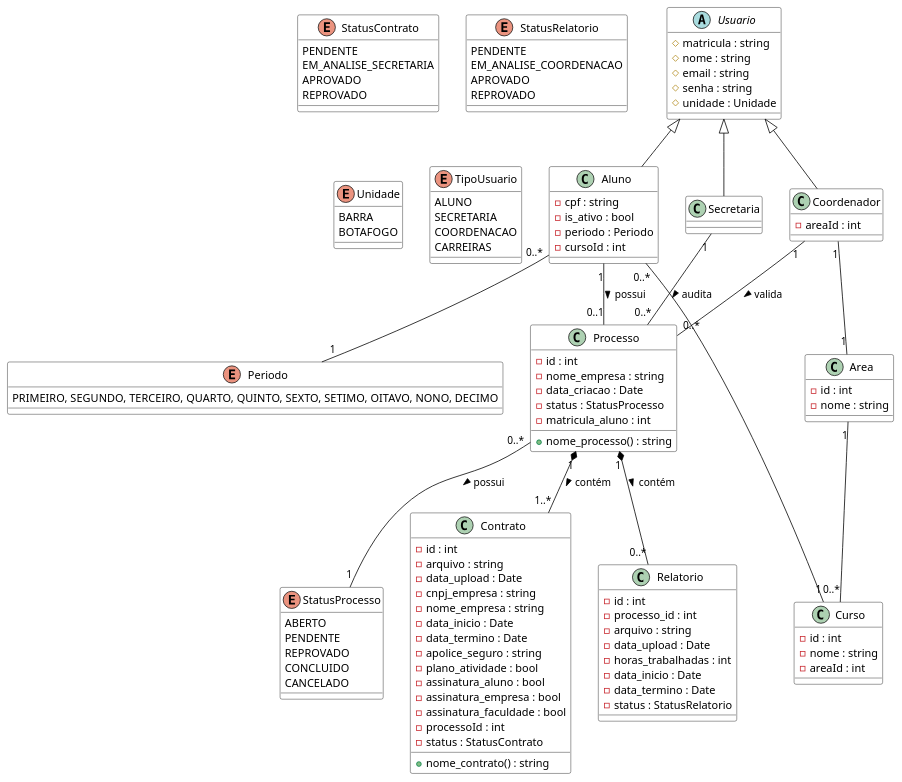
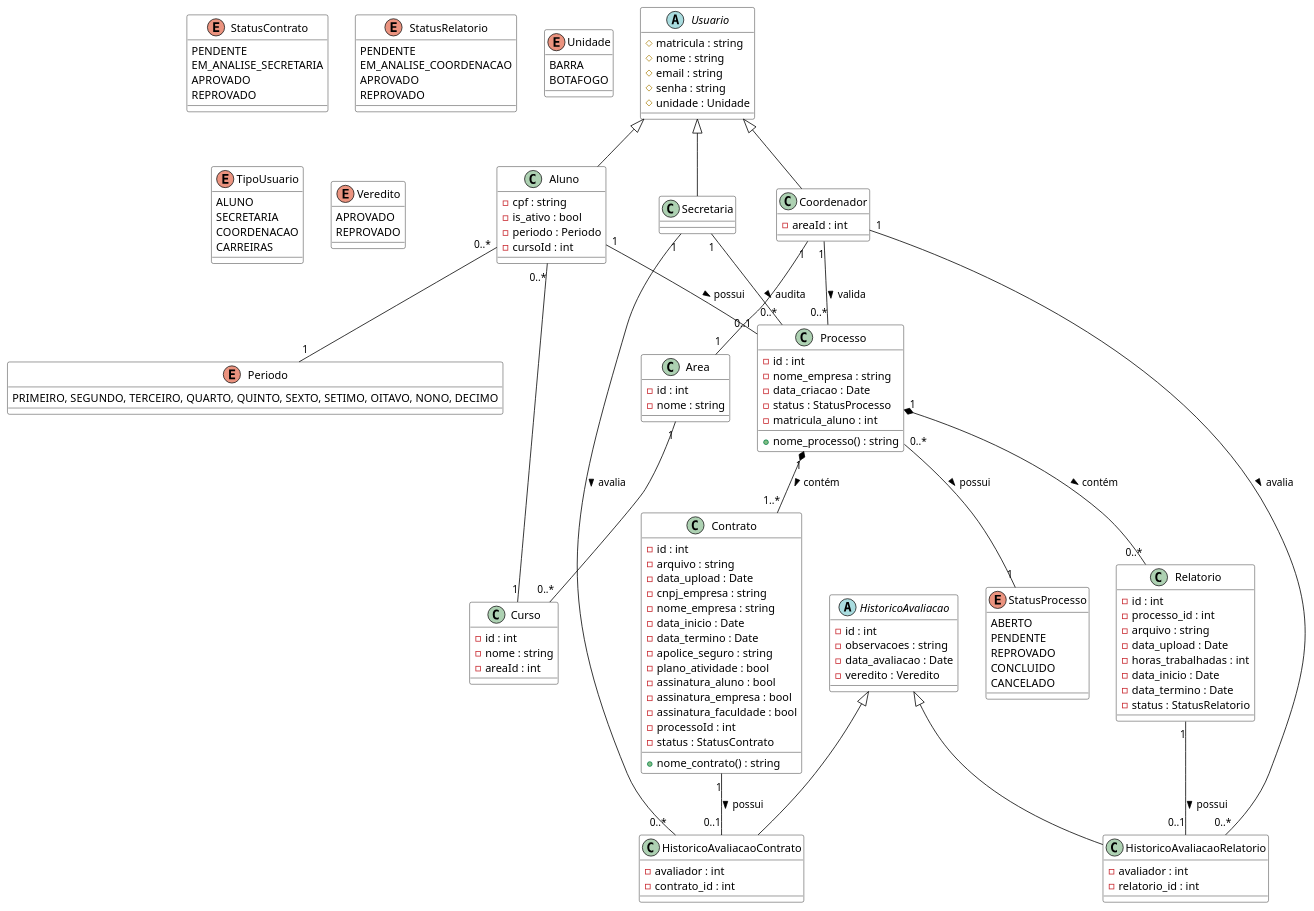
One commit to Projetos-de-Extensao/PBE_26.1_8002_III changed the diagram in docs/assets/Diagramas/src/diagrama_de_classes.puml. Above: the diagram before and after it, drawn with PlantUML. The commit also changed 5 other files, not shown here.

Commit message:
feat: implement evaluation history models and update class diagrams to support report and contract assessments

```diff
--- a/docs/assets/Diagramas/src/diagrama_de_classes.puml
+++ b/docs/assets/Diagramas/src/diagrama_de_classes.puml
@@ -1,141 +1,169 @@
 @startuml
 
 ' --- Estilos ---
 skinparam class {
     BackgroundColor White
     ArrowColor Black
     BorderColor Black
 }
 
 ' --- Enums ---
 enum StatusProcesso {
     ABERTO
     PENDENTE
     REPROVADO
     CONCLUIDO
     CANCELADO
 }
 
 enum StatusContrato {
     PENDENTE
     EM_ANALISE_SECRETARIA
     APROVADO
     REPROVADO
 }
 
 enum StatusRelatorio {
     PENDENTE
     EM_ANALISE_COORDENACAO
     APROVADO
     REPROVADO
 }
 
 enum Unidade {
     BARRA
     BOTAFOGO
 }
 
 enum Periodo {
     PRIMEIRO, SEGUNDO, TERCEIRO, QUARTO, QUINTO, SEXTO, SETIMO, OITAVO, NONO, DECIMO
 }
 
 enum TipoUsuario {
     ALUNO
     SECRETARIA
     COORDENACAO
     CARREIRAS
+}
+
+enum Veredito {
+    APROVADO
+    REPROVADO
 }
 
 ' --- Classes Principais ---
 
 abstract class Usuario {
     # matricula : string
     # nome : string
     # email : string
     # senha : string
     # unidade : Unidade
 }
 
 class Aluno extends Usuario {
     - cpf : string
     - is_ativo : bool
     - periodo : Periodo
     - cursoId : int
 }
 
 class Secretaria extends Usuario {
 }
 
 class Coordenador extends Usuario {
     - areaId : int
 }
 
 class Processo {
     - id : int
     - nome_empresa : string
     - data_criacao : Date
     - status : StatusProcesso
     - matricula_aluno : int
     + nome_processo() : string
 }
 
 class Contrato {
     - id : int
     - arquivo : string
     - data_upload : Date
     - cnpj_empresa : string
     - nome_empresa : string
     - data_inicio : Date
     - data_termino : Date
     - apolice_seguro : string
     - plano_atividade : bool
     - assinatura_aluno : bool
     - assinatura_empresa : bool
     - assinatura_faculdade : bool
     - processoId : int
     - status : StatusContrato
     + nome_contrato() : string
 }
 
 class Relatorio {
     - id : int
     - processo_id : int
     - arquivo : string
     - data_upload : Date
     - horas_trabalhadas : int
     - data_inicio : Date
     - data_termino : Date
     - status : StatusRelatorio
 }
 
+abstract class HistoricoAvaliacao {
+    - id : int
+    - observacoes : string
+    - data_avaliacao : Date
+    - veredito : Veredito
+}
+
+class HistoricoAvaliacaoRelatorio extends HistoricoAvaliacao {
+    - avaliador : int
+    - relatorio_id : int
+}
+
+class HistoricoAvaliacaoContrato extends HistoricoAvaliacao {
+    - avaliador : int
+    - contrato_id : int
+}
+
 class Curso {
     - id : int
     - nome : string
     - areaId : int
 }
 
 class Area {
     - id : int
     - nome : string
 }
 
 ' --- Relacionamentos ---
 
 ' Um aluno pertence a um curso e período
 Aluno "0..*" -- "1" Curso
 Aluno "0..*" -- "1" Periodo
 
 ' Hierarquia de Curso e Área
 Area "1" -- "0..*" Curso
 Coordenador "1" -- "1" Area
 
 ' Relacionamento de Processo
 Aluno "1" -- "0..1" Processo : possui >
 Secretaria "1" -- "0..*" Processo : audita >
 Coordenador "1" -- "0..*" Processo : valida >
 
 Processo "1" *-- "1..*" Contrato : contém >
 Processo "1" *-- "0..*" Relatorio : contém >
 Processo "0..*" -- "1" StatusProcesso : possui >
 
+Coordenador "1" -- "0..*" HistoricoAvaliacaoRelatorio : avalia >
+Relatorio "1" -- "0..1" HistoricoAvaliacaoRelatorio : possui >
+
+Secretaria "1" -- "0..*" HistoricoAvaliacaoContrato : avalia >
+Contrato "1" -- "0..1" HistoricoAvaliacaoContrato : possui >
+
 @enduml
```
